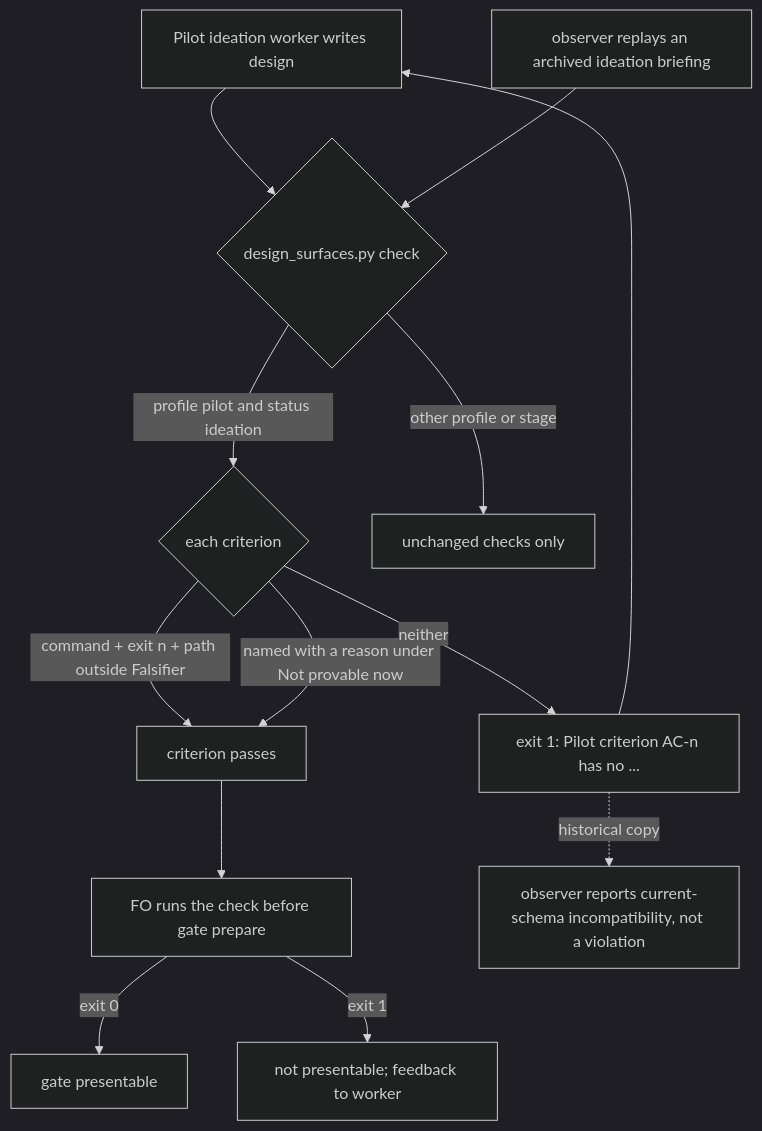
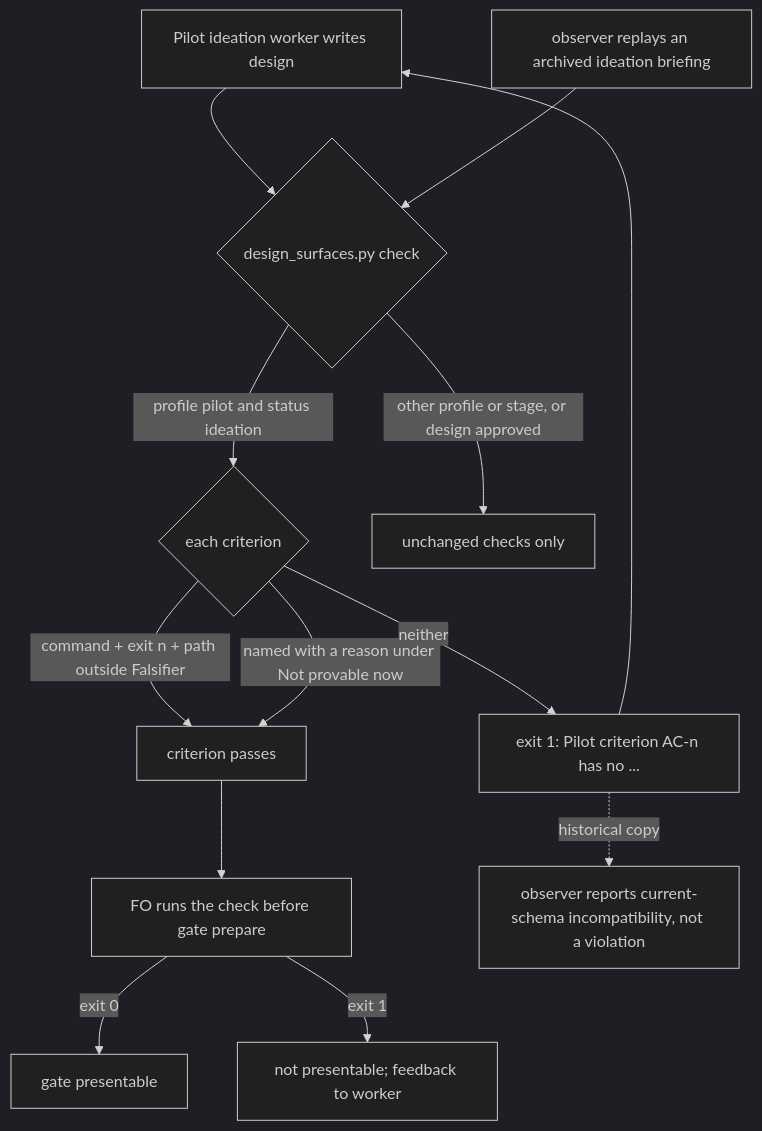
Before and after one commit to iamcxa/kc-claude-plugins: the diagram in design-check-reads-each-pilot-criterion-for-its-proof-record.md, drawn with Mermaid (dark theme). The commit also changed other lines of this file and 18 other files, not shown here.

````diff
--- a/design-check-reads-each-pilot-criterion-for-its-proof-record.md
+++ b/design-check-reads-each-pilot-criterion-for-its-proof-record.md
@@ -67,15 +67,15 @@
 ```mermaid
 flowchart TD
   W[Pilot ideation worker writes design] --> C{design_surfaces.py check}
   C -->|profile pilot and status ideation| R{each criterion}
-  C -->|other profile or stage| U[unchanged checks only]
+  C -->|other profile or stage, or design approved| U[unchanged checks only]
   R -->|command + exit n + path outside Falsifier| OK[criterion passes]
   R -->|named with a reason under Not provable now| OK
   R -->|neither| X[exit 1: Pilot criterion AC-n has no ...]
   X --> W
   OK --> G[FO runs the check before gate prepare]
   G -->|exit 0| P[gate presentable]
   G -->|exit 1| N[not presentable; feedback to worker]
   O[observer replays an archived ideation briefing] --> C
   X -.historical copy.-> I[observer reports current-schema incompatibility, not a violation]
 ```
````
